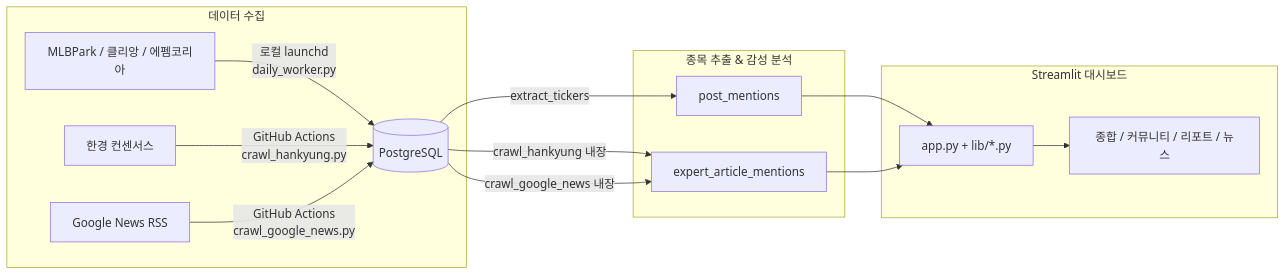
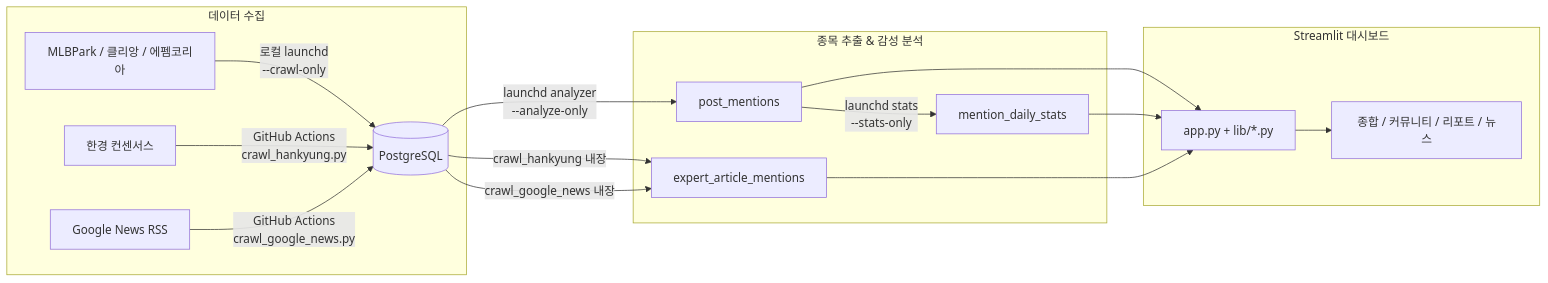
The first of 3 diagrams in docs/project-structure.md (suyeongpark/human-index), drawn with Mermaid before and after one commit. The commit also changed other lines of this file and 5 other files, not shown here.

````diff
--- a/docs/project-structure.md
+++ b/docs/project-structure.md
@@ -28,20 +29,22 @@
 ```mermaid
 flowchart LR
     subgraph 수집["데이터 수집"]
-        A1[MLBPark / 클리앙 / 에펨코리아] -->|"로컬 launchd<br>daily_worker.py"| DB[(PostgreSQL)]
+        A1[MLBPark / 클리앙 / 에펨코리아] -->|"로컬 launchd<br>--crawl-only"| DB[(PostgreSQL)]
         A2[한경 컨센서스] -->|"GitHub Actions<br>crawl_hankyung.py"| DB
         A3[Google News RSS] -->|"GitHub Actions<br>crawl_google_news.py"| DB
     end
 
     subgraph 처리["종목 추출 & 감성 분석"]
-        DB -->|extract_tickers| PM[post_mentions]
+        DB -->|"launchd analyzer<br>--analyze-only"| PM[post_mentions]
+        PM -->|"launchd stats<br>--stats-only"| DS[mention_daily_stats]
         DB -->|crawl_hankyung 내장| EM[expert_article_mentions]
         DB -->|crawl_google_news 내장| EM
     end
 
     subgraph 대시보드["Streamlit 대시보드"]
         PM --> UI[app.py + lib/*.py]
+        DS --> UI
         EM --> UI
         UI --> V[종합 / 커뮤니티 / 리포트 / 뉴스]
     end
 ```
````
